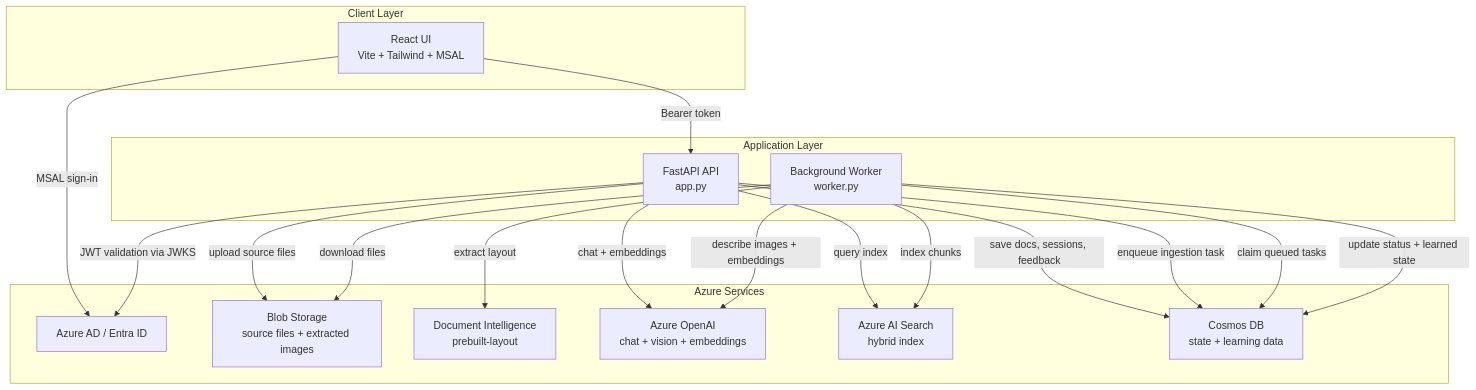
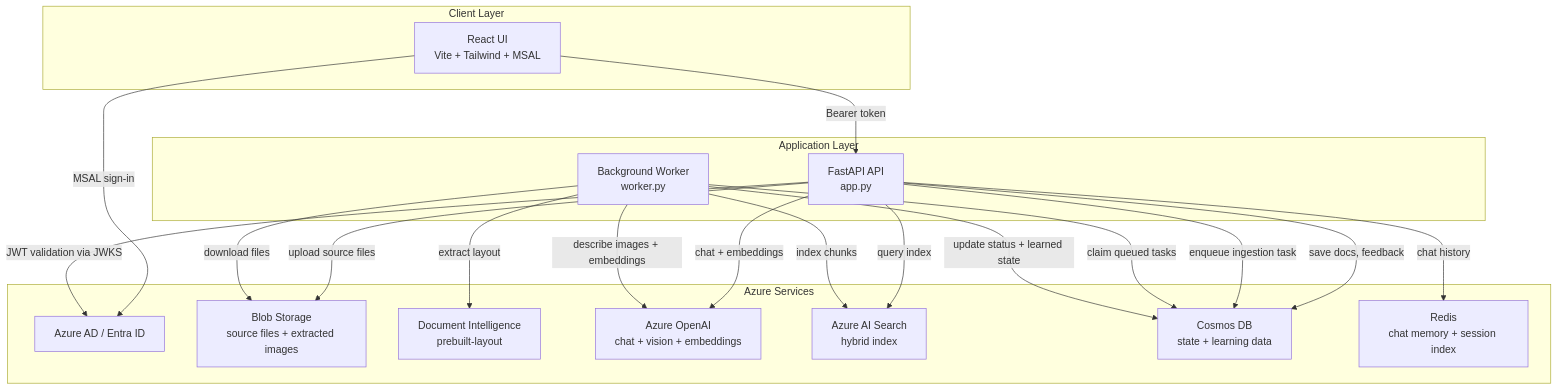
One commit to nishant5790/doc-mind-ai changed the first of 4 diagrams in docs/api.md. Above: the diagram before and after it, drawn with Mermaid. The commit also changed other lines of this file and 2 other files, not shown here.

````diff
--- a/docs/api.md
+++ b/docs/api.md
@@ -22,35 +23,37 @@
 ```mermaid
 flowchart TB
     subgraph Client[Client Layer]
         UI[React UI\nVite + Tailwind + MSAL]
     end
 
     subgraph Compute[Application Layer]
         API[FastAPI API\napp.py]
         Worker[Background Worker\nworker.py]
     end
 
     subgraph Azure[Azure Services]
         AAD[Azure AD / Entra ID]
         Blob[Blob Storage\nsource files + extracted images]
         DI[Document Intelligence\nprebuilt-layout]
         AOAI[Azure OpenAI\nchat + vision + embeddings]
         Search[Azure AI Search\nhybrid index]
         Cosmos[Cosmos DB\nstate + learning data]
+        Redis[Redis\nchat memory + session index]
     end
 
     UI -->|Bearer token| API
     UI -->|MSAL sign-in| AAD
     API -->|JWT validation via JWKS| AAD
-    API -->|save docs, sessions, feedback| Cosmos
+    API -->|save docs, feedback| Cosmos
+    API -->|chat history| Redis
     API -->|query index| Search
     API -->|chat + embeddings| AOAI
     API -->|upload source files| Blob
     API -->|enqueue ingestion task| Cosmos
     Worker -->|claim queued tasks| Cosmos
     Worker -->|download files| Blob
     Worker -->|extract layout| DI
     Worker -->|describe images + embeddings| AOAI
     Worker -->|index chunks| Search
     Worker -->|update status + learned state| Cosmos
 ```
````
